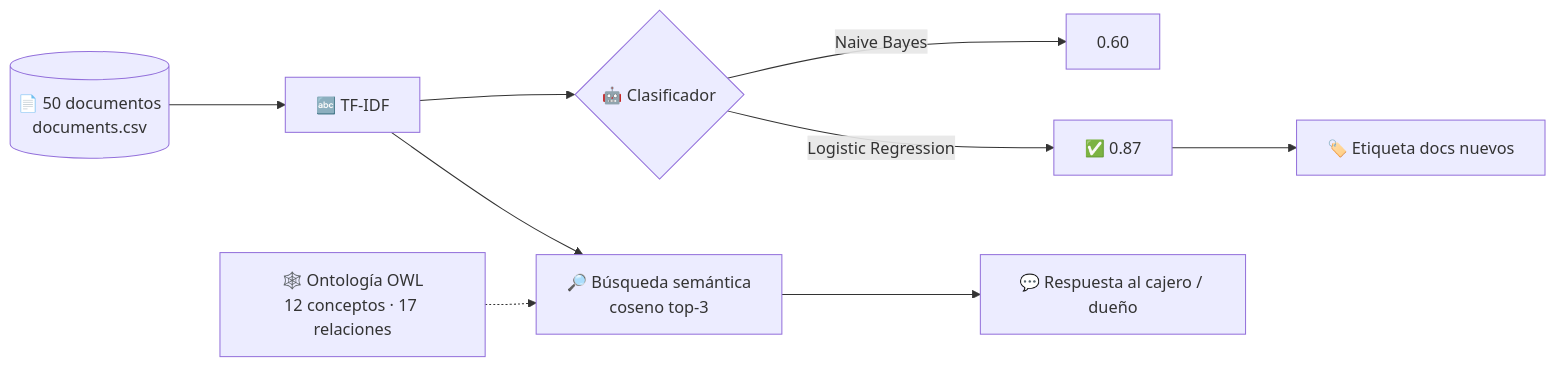
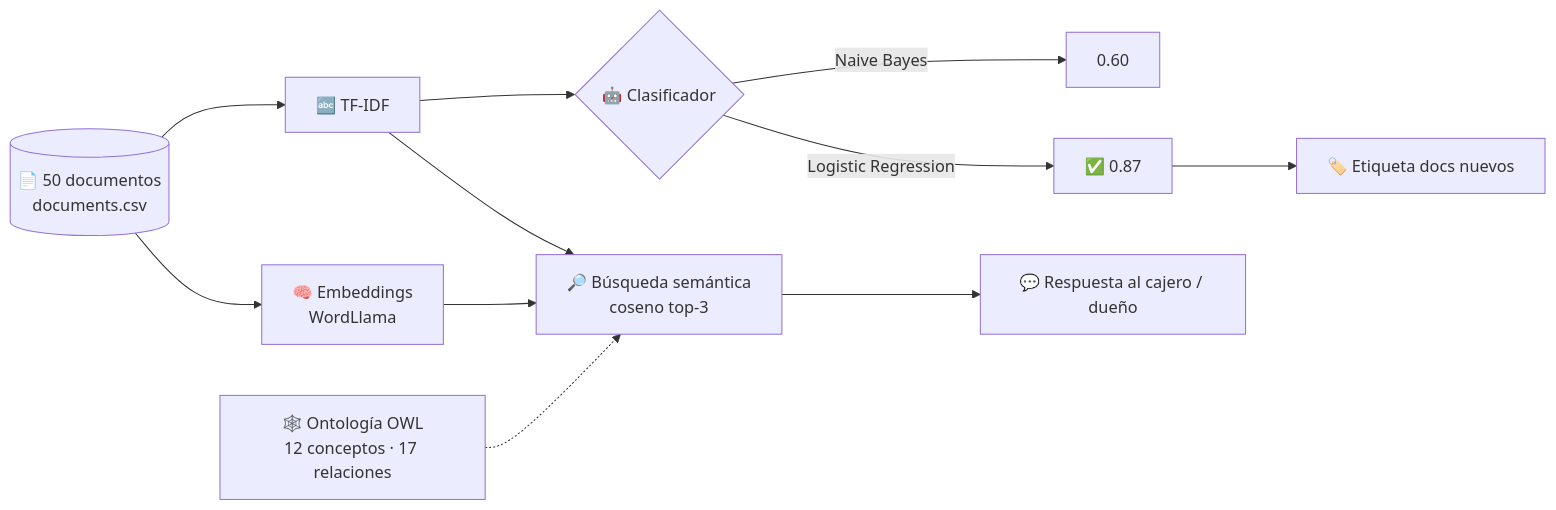
The first of 4 diagrams in README.md (C0z1/la-nube-gestion-conocimiento), drawn with Mermaid before and after one commit. The commit also changed other lines of this file and 4 other files, not shown here.

First line of the commit message:
Búsqueda con embeddings (WordLlama) y comparación contra TF-IDF

````diff
--- a/README.md
+++ b/README.md
@@ -34,11 +34,12 @@
 ```mermaid
 flowchart LR
     A[(📄 50 documentos<br/>documents.csv)] --> B[🔤 TF-IDF]
     B --> C{🤖 Clasificador}
     C -->|Naive Bayes| C1[0.60]
     C -->|Logistic Regression| C2[✅ 0.87]
     B --> D[🔎 Búsqueda semántica<br/>coseno top-3]
+    A --> G[🧠 Embeddings<br/>WordLlama] --> D
     O[🕸️ Ontología OWL<br/>12 conceptos · 17 relaciones] -.-> D
     C2 --> E[🏷️ Etiqueta docs nuevos]
     D --> F[💬 Respuesta al cajero / dueño]
 ```
````
